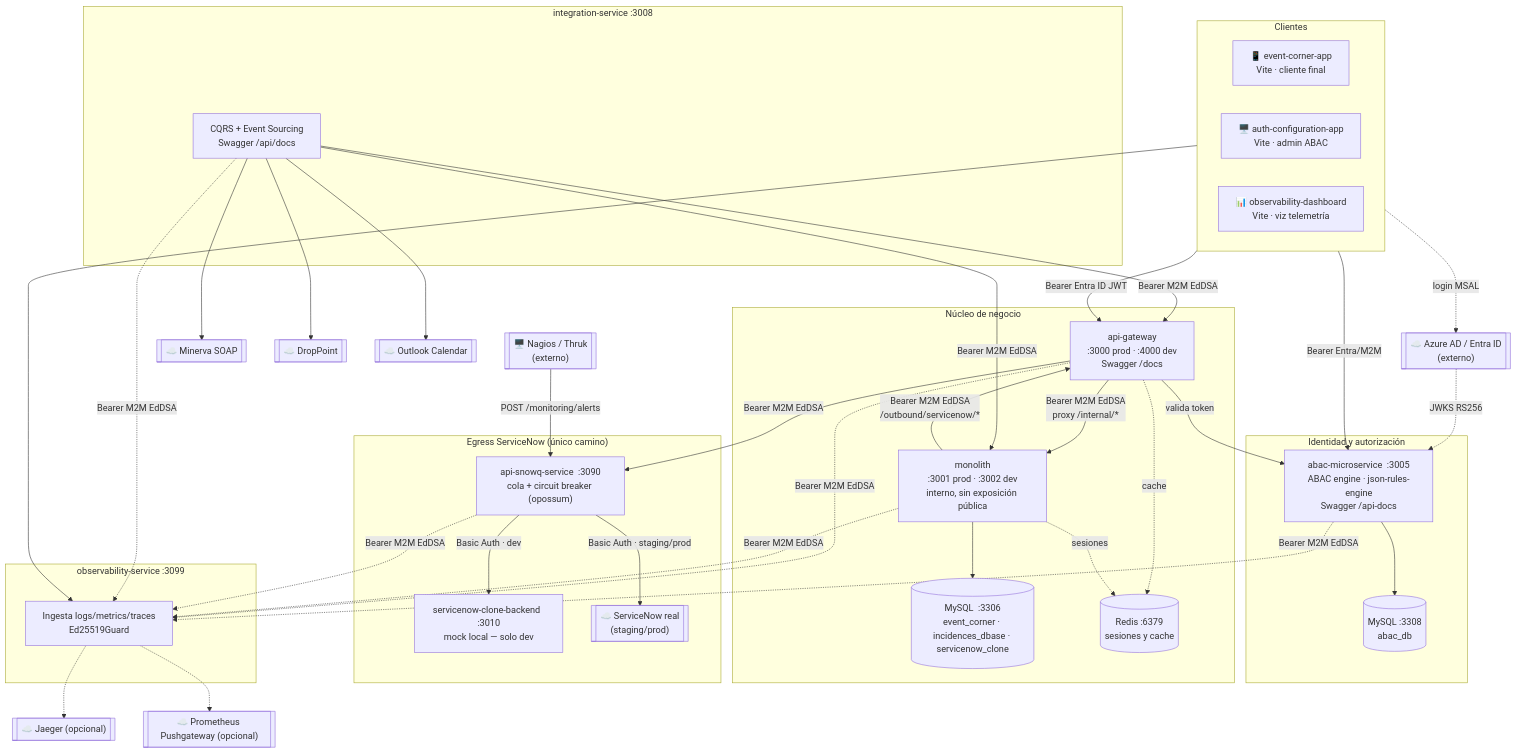
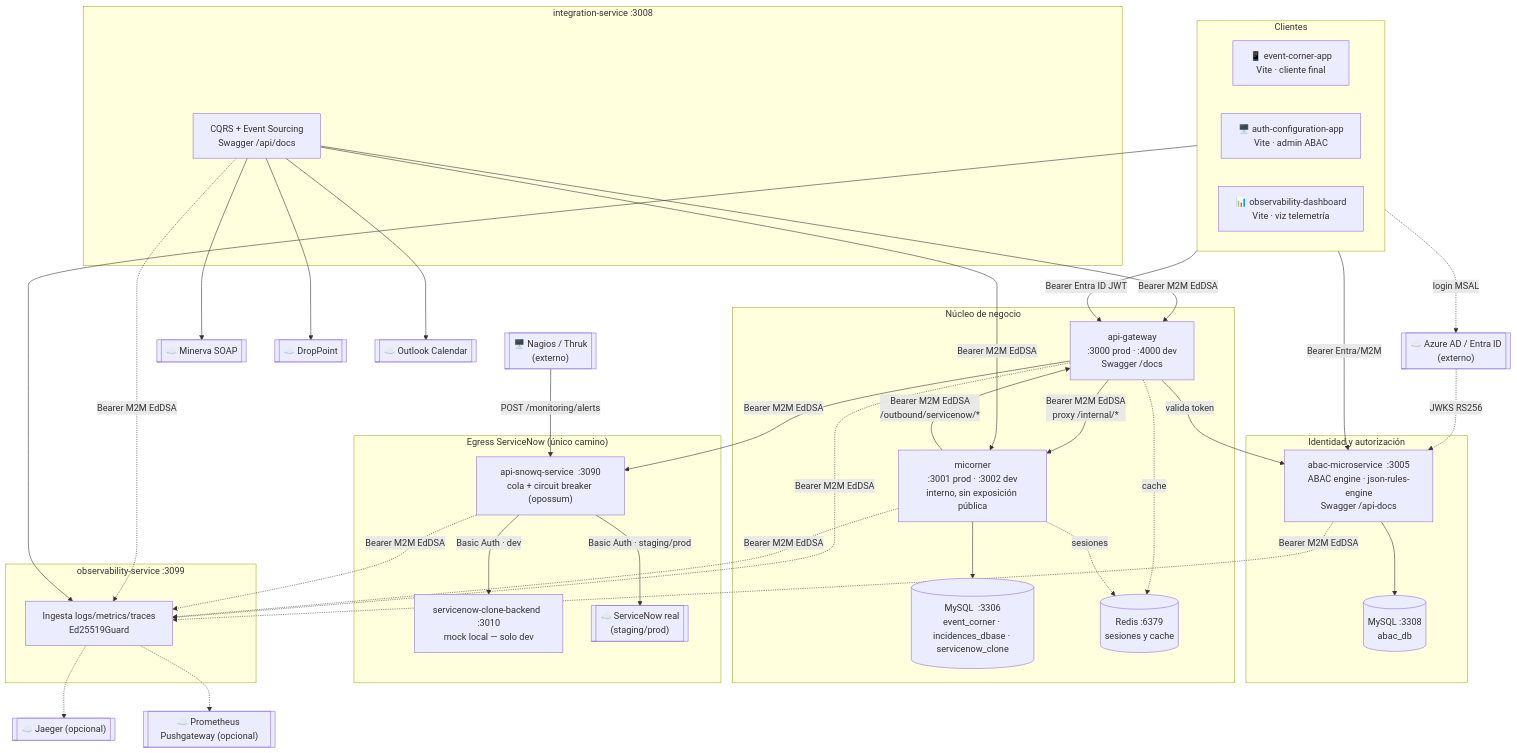
The diagram in monolito-event-corner_v3/docs/infrastructure-diagram.md (maironcuellomartinez/monorepo-service), drawn with Mermaid before and after one commit. The commit also changed other lines of this file and 313 other files, not shown here.

First line of the commit message:
refactor: renombrar la app monolith -> micorner en todo el monorepo

````diff
--- a/monolito-event-corner_v3/docs/infrastructure-diagram.md
+++ b/monolito-event-corner_v3/docs/infrastructure-diagram.md
@@ -7,82 +7,82 @@
 ```mermaid
 flowchart TB
     subgraph CLIENTS["Clientes"]
         direction LR
         ECA["📱 event-corner-app<br/>Vite · cliente final"]
         ACA["🖥️ auth-configuration-app<br/>Vite · admin ABAC"]
         ODB["📊 observability-dashboard<br/>Vite · viz telemetría"]
     end
 
     ENTRA[["☁️ Azure AD / Entra ID<br/>(externo)"]]
 
     subgraph AUTHZ["Identidad y autorización"]
         ABAC["abac-microservice  :3005<br/>ABAC engine · json-rules-engine<br/>Swagger /api-docs"]
         MYSQLABAC[("MySQL  :3308<br/>abac_db")]
     end
 
     subgraph CORE["Núcleo de negocio"]
         GW["api-gateway<br/>:3000 prod · :4000 dev<br/>Swagger /docs"]
-        MONO["monolith<br/>:3001 prod · :3002 dev<br/>interno, sin exposición pública"]
+        MONO["micorner<br/>:3001 prod · :3002 dev<br/>interno, sin exposición pública"]
         MYSQL[("MySQL  :3306<br/>event_corner · incidences_dbase · servicenow_clone")]
         REDIS[("Redis  :6379<br/>sesiones y cache")]
     end
 
     subgraph SNPATH["Egress ServiceNow (único camino)"]
         SNOWQ["api-snowq-service  :3090<br/>cola + circuit breaker (opossum)"]
         SNCLONE["servicenow-clone-backend  :3010<br/>mock local — solo dev"]
         SNREAL[["☁️ ServiceNow real<br/>(staging/prod)"]]
     end
 
     subgraph INTEG["integration-service  :3008"]
         INT["CQRS + Event Sourcing<br/>Swagger /api/docs"]
     end
     MINERVA[["☁️ Minerva SOAP"]]
     DROPPOINT[["☁️ DropPoint"]]
     OUTLOOK[["☁️ Outlook Calendar"]]
 
     subgraph OBS["observability-service  :3099"]
         OBSVC["Ingesta logs/metrics/traces<br/>Ed25519Guard"]
     end
     JAEGER[["☁️ Jaeger (opcional)"]]
     PROM[["☁️ Prometheus Pushgateway (opcional)"]]
 
     NAGIOS[["🖥️ Nagios / Thruk<br/>(externo)"]]
 
     %% ── Auth ──────────────────────────────────────────
     ECA -.->|login MSAL| ENTRA
     ENTRA -.->|JWKS RS256| ABAC
     ACA -->|Bearer Entra/M2M| ABAC
     ABAC --> MYSQLABAC
 
-    %% ── Cliente → Gateway → Monolith ──────────────────
+    %% ── Cliente → Gateway → Micorner ──────────────────
     ECA -->|Bearer Entra ID JWT| GW
     GW -->|valida token| ABAC
     GW -->|Bearer M2M EdDSA<br/>proxy /internal/*| MONO
     MONO --> MYSQL
     GW -.->|cache| REDIS
     MONO -.->|sesiones| REDIS
 
     %% ── ServiceNow egress ──────────────────────────────
     MONO -->|Bearer M2M EdDSA<br/>/outbound/servicenow/*| GW
     GW -->|Bearer M2M EdDSA| SNOWQ
     SNOWQ -->|Basic Auth · dev| SNCLONE
     SNOWQ -->|Basic Auth · staging/prod| SNREAL
     NAGIOS -->|POST /monitoring/alerts| SNOWQ
 
     %% ── Integraciones externas (no SN) ─────────────────
     INT -->|Bearer M2M EdDSA| GW
     INT -->|Bearer M2M EdDSA| MONO
     INT --> MINERVA
     INT --> DROPPOINT
     INT --> OUTLOOK
 
     %% ── Telemetría — todos los servicios ───────────────
     GW -.->|Bearer M2M EdDSA| OBSVC
     MONO -.->|Bearer M2M EdDSA| OBSVC
     ABAC -.->|Bearer M2M EdDSA| OBSVC
     INT -.->|Bearer M2M EdDSA| OBSVC
     SNOWQ -.->|Bearer M2M EdDSA| OBSVC
     ODB --> OBSVC
     OBSVC -.-> JAEGER
     OBSVC -.-> PROM
 ```
````
